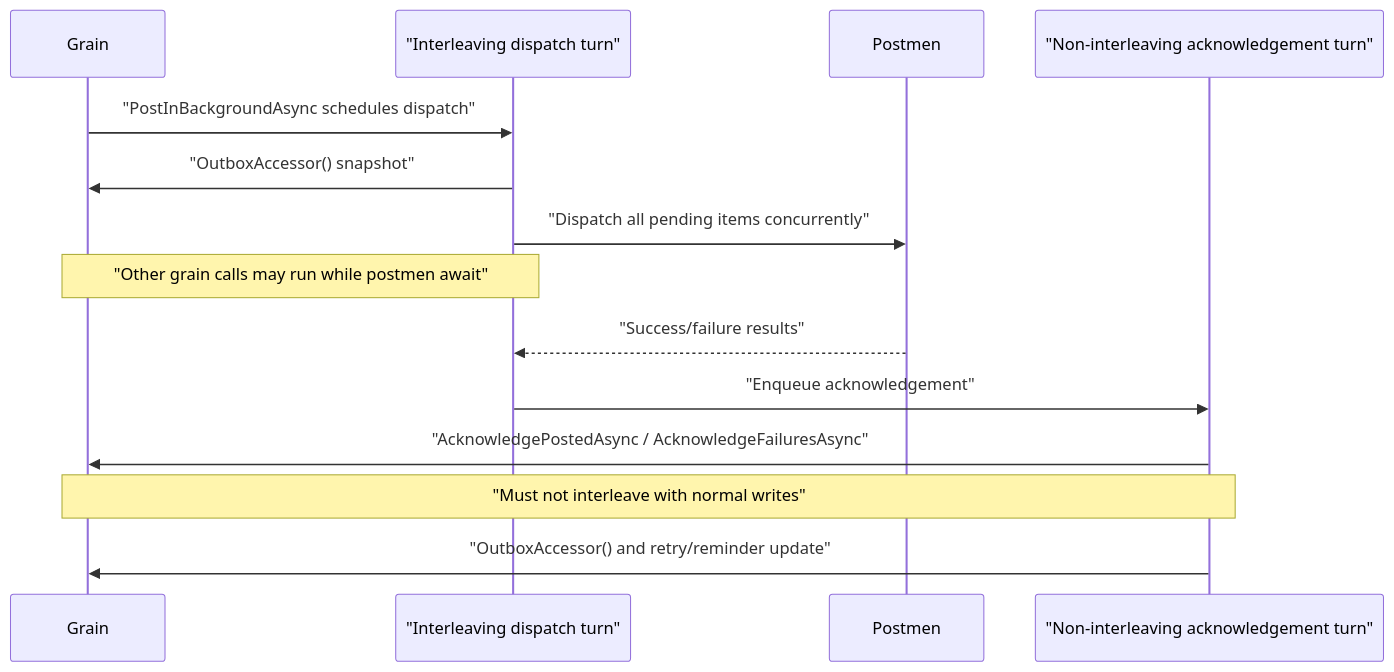
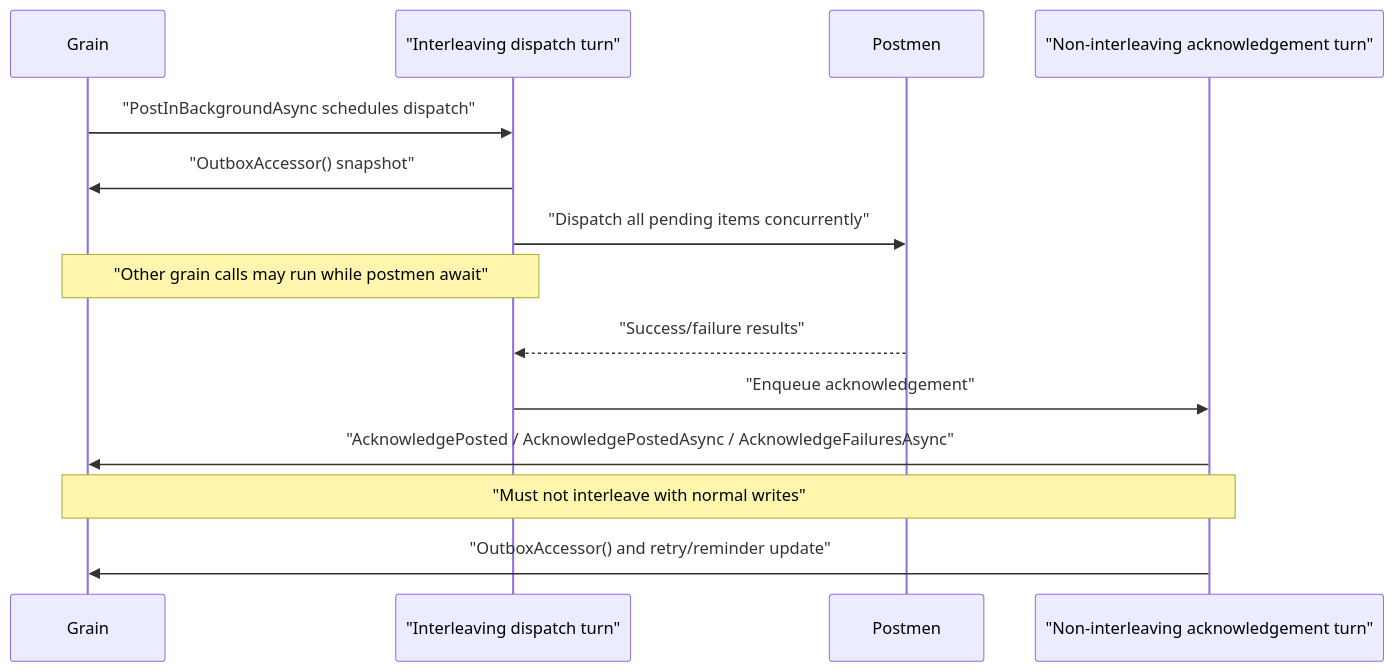
One commit to egil/framework changed the second of 2 diagrams in Egil.Orleans.Messaging/api-design.md. Above: the diagram before and after it, drawn with Mermaid. The commit also changed other lines of this file and 7 other files, not shown here.

````diff
--- a/Egil.Orleans.Messaging/api-design.md
+++ b/Egil.Orleans.Messaging/api-design.md
@@ -1733,17 +1736,17 @@
 ```mermaid
 sequenceDiagram
     participant Grain
     participant Dispatch as "Interleaving dispatch turn"
     participant Postmen
     participant Ack as "Non-interleaving acknowledgement turn"
 
     Grain->>Dispatch: "PostInBackgroundAsync schedules dispatch"
     Dispatch->>Grain: "OutboxAccessor() snapshot"
     Dispatch->>Postmen: "Dispatch all pending items concurrently"
     Note over Dispatch,Grain: "Other grain calls may run while postmen await"
     Postmen-->>Dispatch: "Success/failure results"
     Dispatch->>Ack: "Enqueue acknowledgement"
-    Ack->>Grain: "AcknowledgePostedAsync / AcknowledgeFailuresAsync"
+    Ack->>Grain: "AcknowledgePosted / AcknowledgePostedAsync / AcknowledgeFailuresAsync"
     Note over Ack,Grain: "Must not interleave with normal writes"
     Ack->>Grain: "OutboxAccessor() and retry/reminder update"
 ```
````
